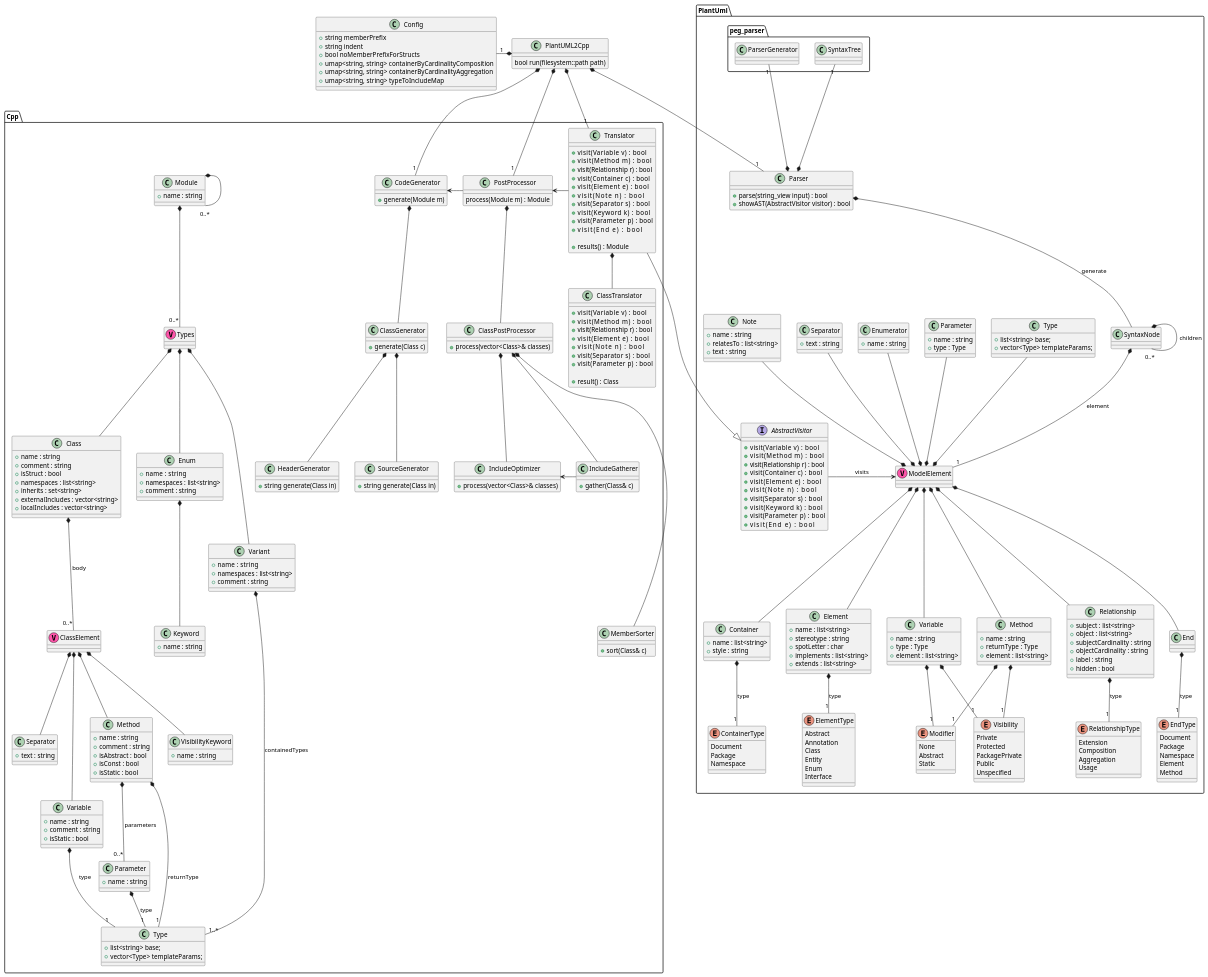
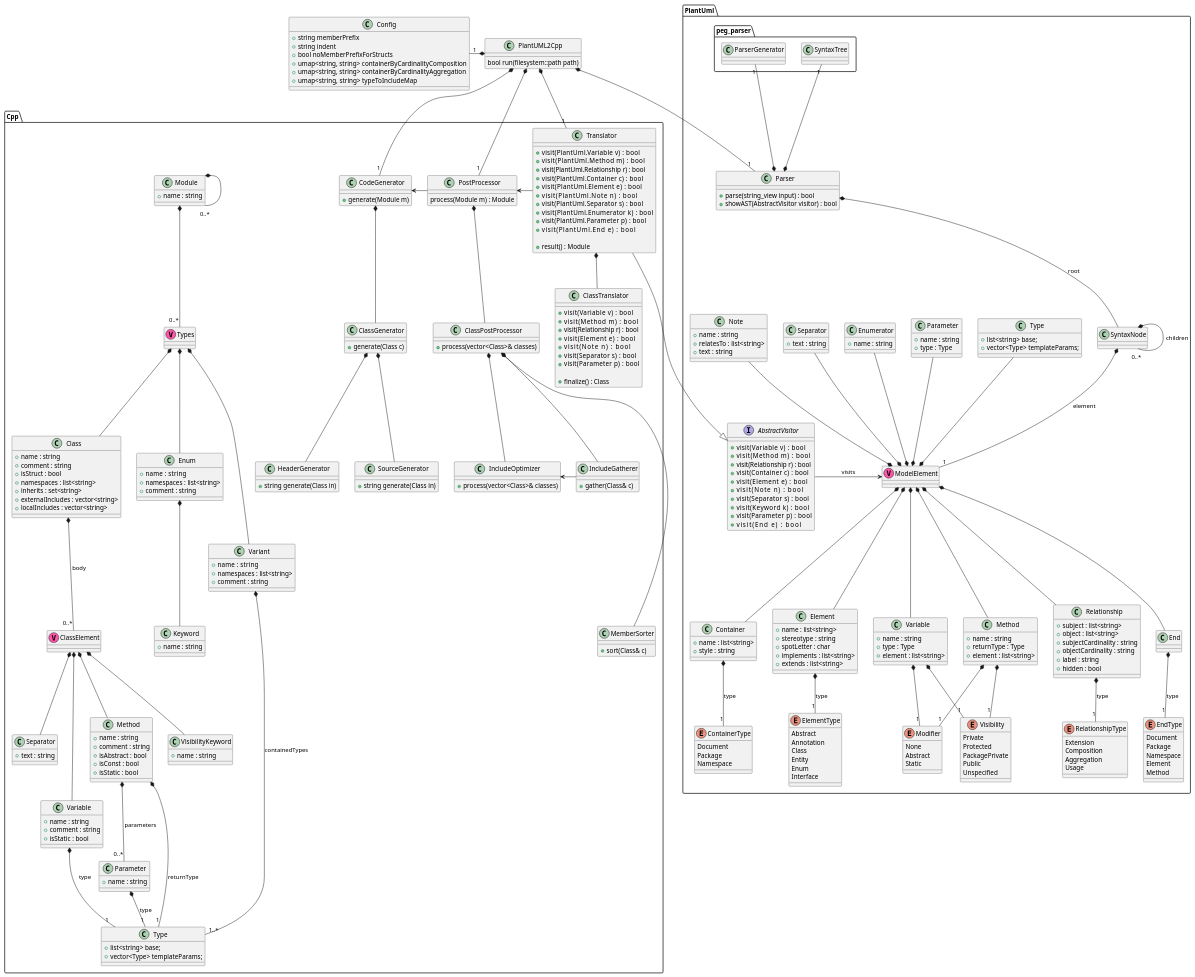
The diagram in models/PlantUML2Cpp.puml (jteuber/PlantUML2Cpp), drawn with PlantUML before and after one commit. The commit also changed 2 other files, not shown here.

```diff
--- a/models/PlantUML2Cpp.puml
+++ b/models/PlantUML2Cpp.puml
@@ -138,7 +138,7 @@
 
     class SyntaxNode
 
-    Parser *-- SyntaxNode : generate
+    Parser *-- SyntaxNode : root
 
     SyntaxNode *-- "0..*" SyntaxNode : children
     SyntaxNode *-- "1" ModelElement : element
@@ -271,7 +271,7 @@
         +visit(Separator s)    : bool
         +visit(Parameter p)    : bool
 
-        +result() : Class
+        +finalize() : Class
     }
 
     class ClassPostProcessor {
@@ -311,18 +311,18 @@
 
 
     class Translator {
-        +visit(Variable v)     : bool
-        +visit(Method m)       : bool
-        +visit(Relationship r) : bool
-        +visit(Container c)    : bool
-        +visit(Element e)      : bool
-        +visit(Note n)         : bool
-        +visit(Separator s)    : bool
-        +visit(Keyword k)      : bool
-        +visit(Parameter p)    : bool
-        +visit(End e)          : bool
+        +visit(PlantUml.Variable v)     : bool
+        +visit(PlantUml.Method m)       : bool
+        +visit(PlantUml.Relationship r) : bool
+        +visit(PlantUml.Container c)    : bool
+        +visit(PlantUml.Element e)      : bool
+        +visit(PlantUml.Note n)         : bool
+        +visit(PlantUml.Separator s)    : bool
+        +visit(PlantUml.Enumerator k)      : bool
+        +visit(PlantUml.Parameter p)    : bool
+        +visit(PlantUml.End e)          : bool
 
-        +results() : Module
+        +result() : Module
     }
     Translator --|> PlantUml.AbstractVisitor
     Translator *-- ClassTranslator
```
